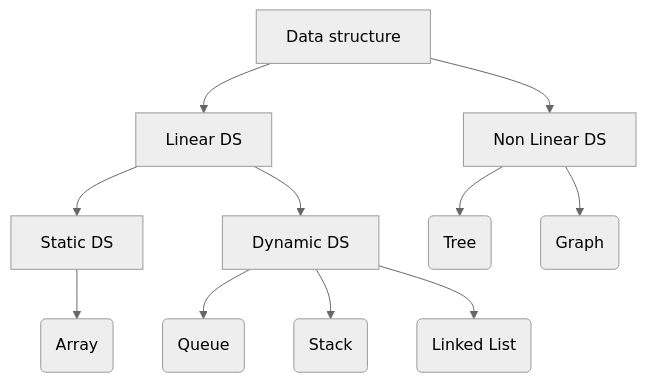
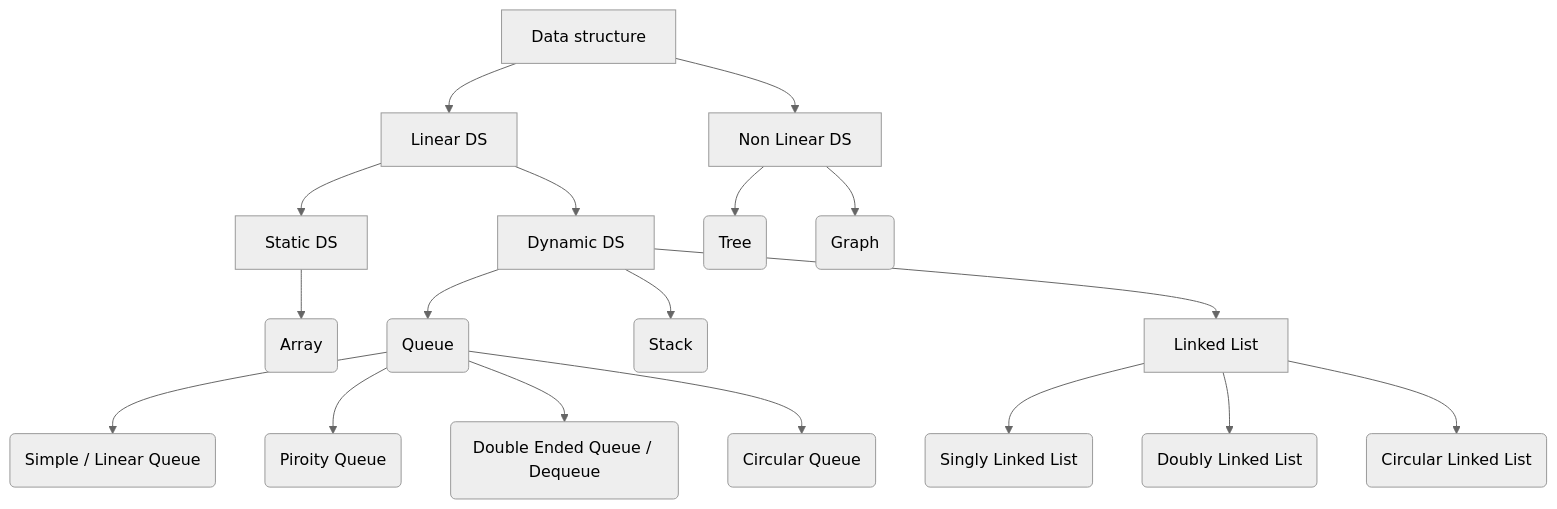
One commit to thejunghare/DataStructure changed the diagram in README.md. Above: the diagram before and after it, drawn with Mermaid (neutral theme).

````diff
--- a/README.md
+++ b/README.md
@@ -14,13 +14,20 @@
 ```mermaid
-  graph TD
+graph TD
     A[Data structure] --> B(Linear)
     A[Data structure] --> C(Non-Linear)
     B[Linear DS] --> D(Static DS)
     B[Linear DS] --> E(Dyamic DS)
     D[Static DS] --> H(Array)
+    I[Queue] --> O(Simple / Linear Queue)
+    I[Queue] --> P(Piroity Queue)
+    I[Queue] --> Q(Double Ended Queue / Dequeue)
+    I[Queue] --> R(Circular Queue)
     E[Dynamic DS] --> I(Queue)
     E[Dynamic DS] --> J(Stack)
     E[Dynamic DS] --> K(Linked List)
+    K[Linked List] --> L(Singly Linked List)
+    K[Linked List] --> M(Doubly Linked List)
+    K[Linked List] --> N(Circular Linked List)
     C[Non Linear DS] --> F(Tree)
     C[Non Linear DS] --> G(Graph)
 ```
````
